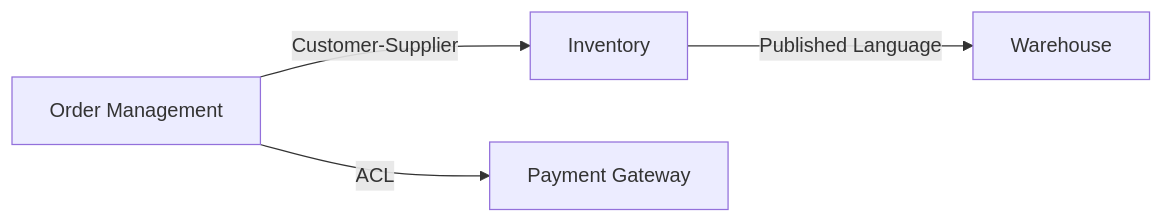
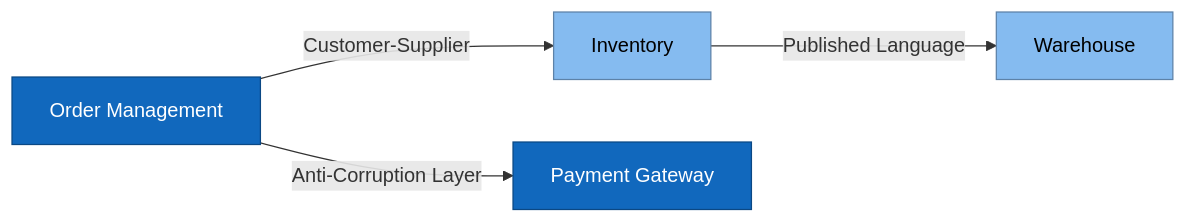
The diagram in plugins/domain-design/instructions/ddd/strategic-design-instructions.md (JSdotNet/Copilot), drawn with Mermaid before and after one commit. The commit also changed other lines of this file and 12 other files, not shown here.

````diff
--- a/plugins/domain-design/instructions/ddd/strategic-design-instructions.md
+++ b/plugins/domain-design/instructions/ddd/strategic-design-instructions.md
@@ -53,6 +63,12 @@
 ```mermaid
 flowchart LR
+    classDef service fill:#1168BD,stroke:#0B4884,color:#FFFFFF
+    classDef module fill:#85BBF0,stroke:#5D82A8,color:#000000
+
     A[Order Management] -->|Customer-Supplier| B[Inventory]
-    A -->|ACL| C[Payment Gateway]
+    A -->|Anti-Corruption Layer| C[Payment Gateway]
     B -->|Published Language| D[Warehouse]
+
+    class A,C service
+    class B,D module
 ```
````
